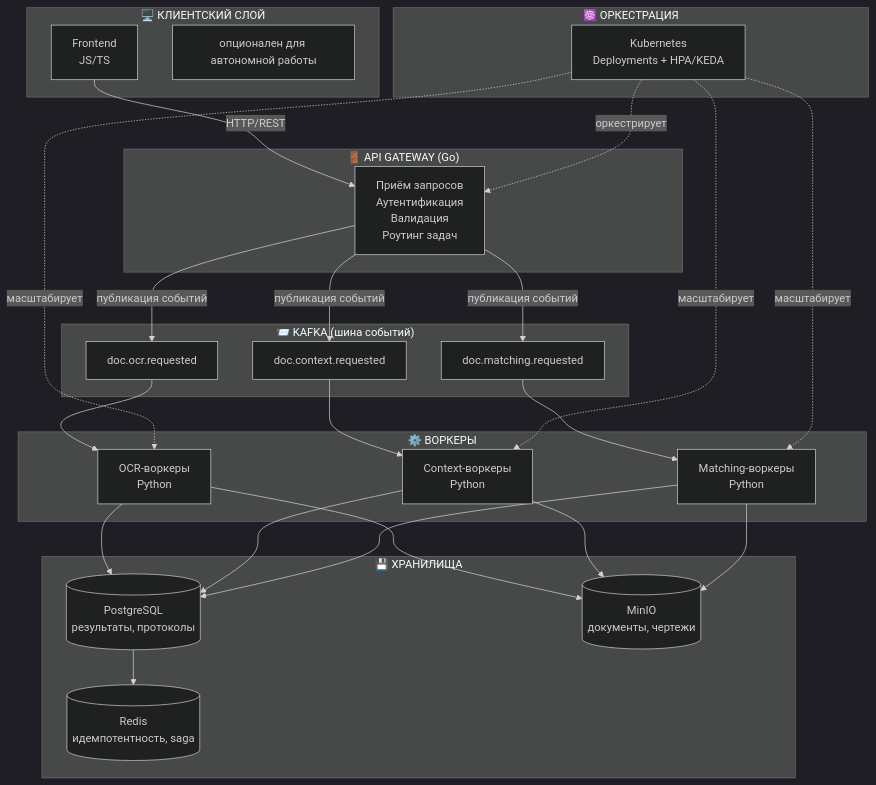
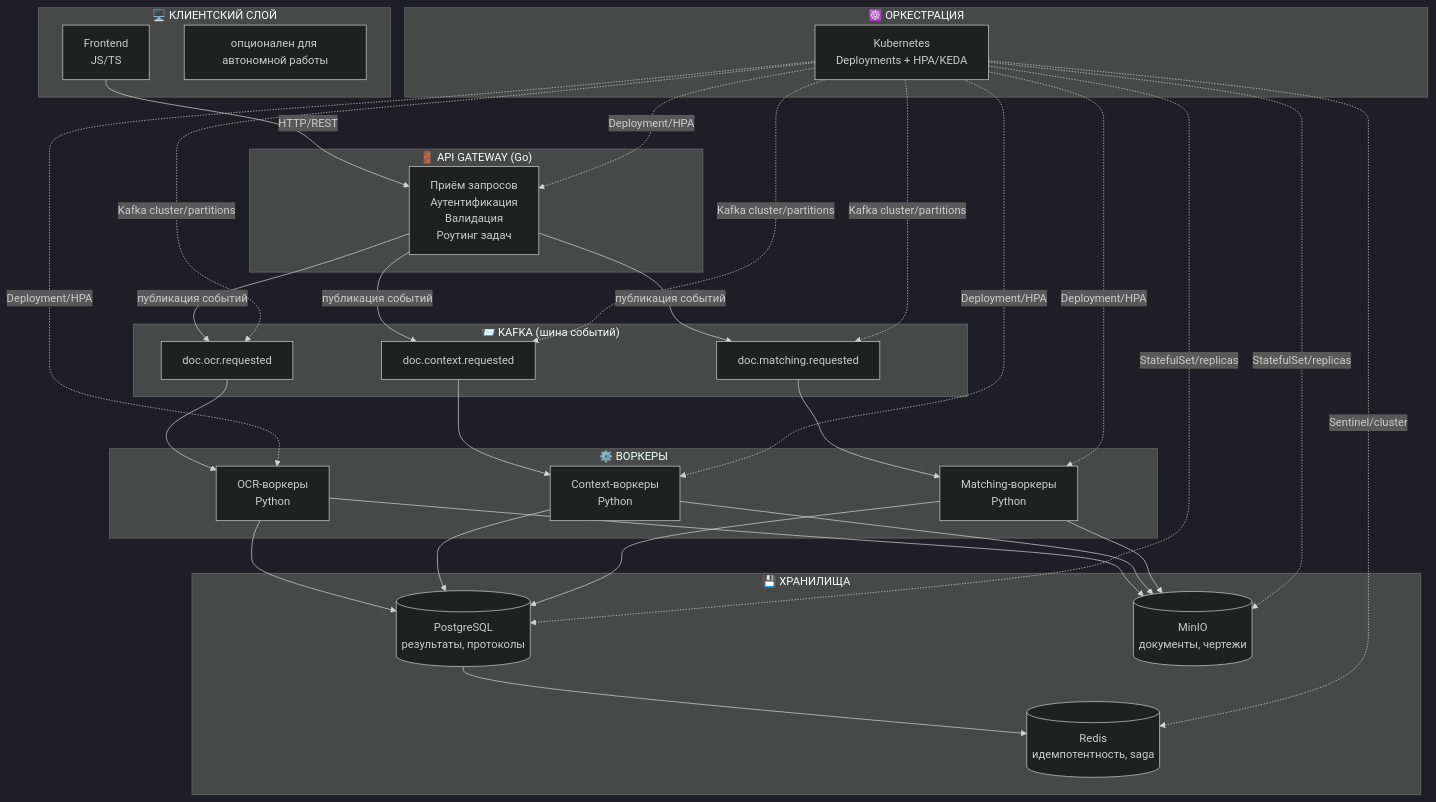
One commit to Tanoklllmonbku/Hakaton-LDT changed the first of 2 diagrams in docs/arch.md. Above: the diagram before and after it, drawn with Mermaid (dark theme). The commit also changed other lines of this file, not shown here.

````diff
--- a/docs/arch.md
+++ b/docs/arch.md
@@ -7,45 +10,50 @@
 ```mermaid
 graph TB
     subgraph Client["🖥️ КЛИЕНТСКИЙ СЛОЙ"]
         FE[Frontend<br>JS/TS]
         Note1[опционален для автономной работы]
     end
 
     subgraph Gateway["🚪 API GATEWAY (Go)"]
         GW[Приём запросов<br>Аутентификация<br>Валидация<br>Роутинг задач]
     end
 
     subgraph Kafka["📨 KAFKA (шина событий)"]
         K1[doc.ocr.requested]
         K2[doc.context.requested]
         K3[doc.matching.requested]
     end
 
     subgraph Workers["⚙️ ВОРКЕРЫ"]
         OCR[OCR-воркеры<br>Python]
         CTX[Context-воркеры<br>Python]
         MATCH[Matching-воркеры<br>Python]
     end
 
     subgraph Storage["💾 ХРАНИЛИЩА"]
         PG[(PostgreSQL<br>результаты, протоколы)]
         MINIO[(MinIO<br>документы, чертежи)]
         REDIS[(Redis<br>идемпотентность, saga)]
     end
 
     subgraph Orchestration["☸️ ОРКЕСТРАЦИЯ"]
         K8s[Kubernetes<br>Deployments + HPA/KEDA]
     end
 
     FE -->|HTTP/REST| GW
     GW -->|публикация событий| K1 & K2 & K3
     K1 --> OCR
     K2 --> CTX
     K3 --> MATCH
     OCR --> PG & MINIO
     CTX --> PG & MINIO
     MATCH --> PG & MINIO
     PG --> REDIS
-    K8s -.->|оркестрирует| GW
-    K8s -.->|масштабирует| OCR & CTX & MATCH
+    
+    K8s -.->|Deployment/HPA| GW
+    K8s -.->|Deployment/HPA| OCR & CTX & MATCH
+    K8s -.->|Kafka cluster/partitions| K1 & K2 & K3
+    K8s -.->|StatefulSet/replicas| PG
+    K8s -.->|StatefulSet/replicas| MINIO
+    K8s -.->|Sentinel/cluster| REDIS
 ```
````
